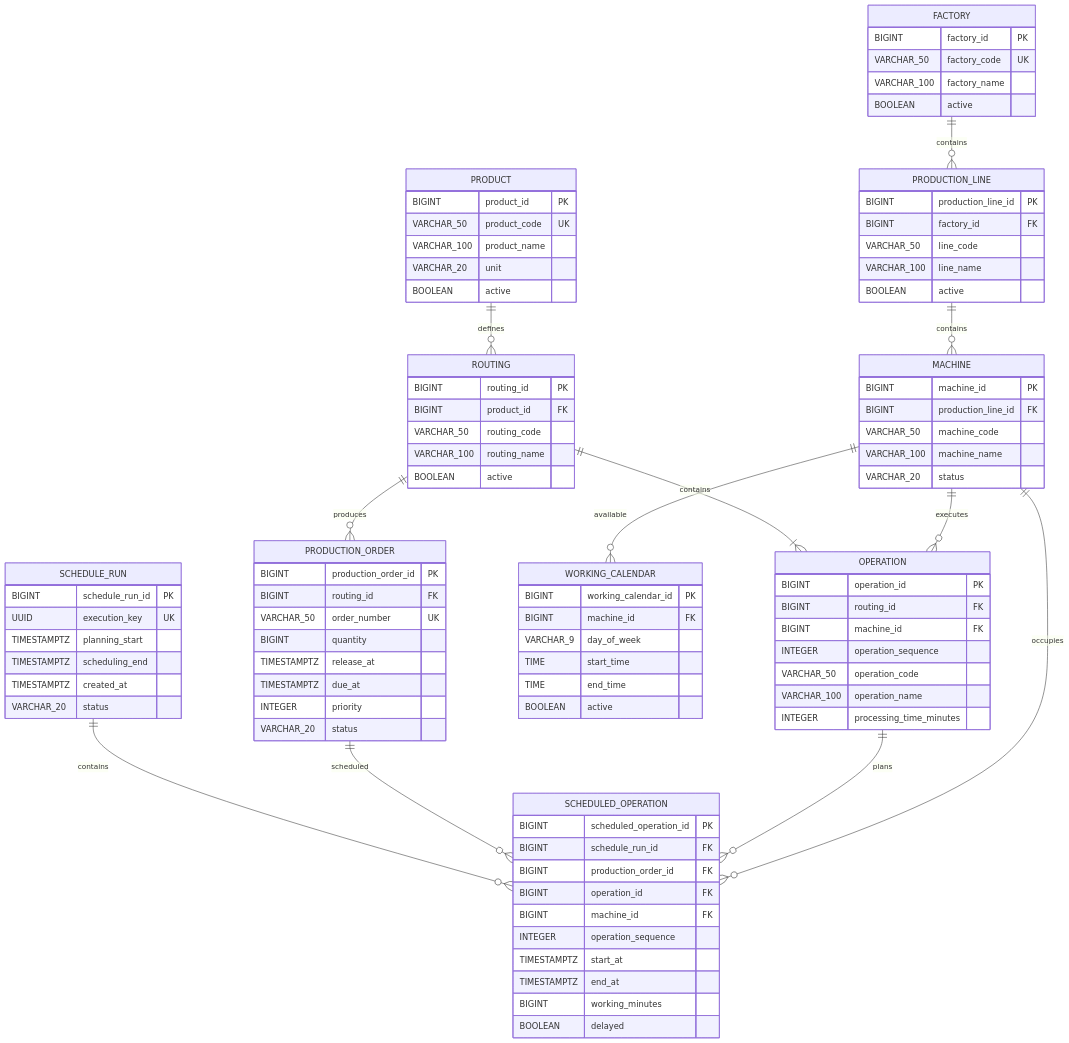
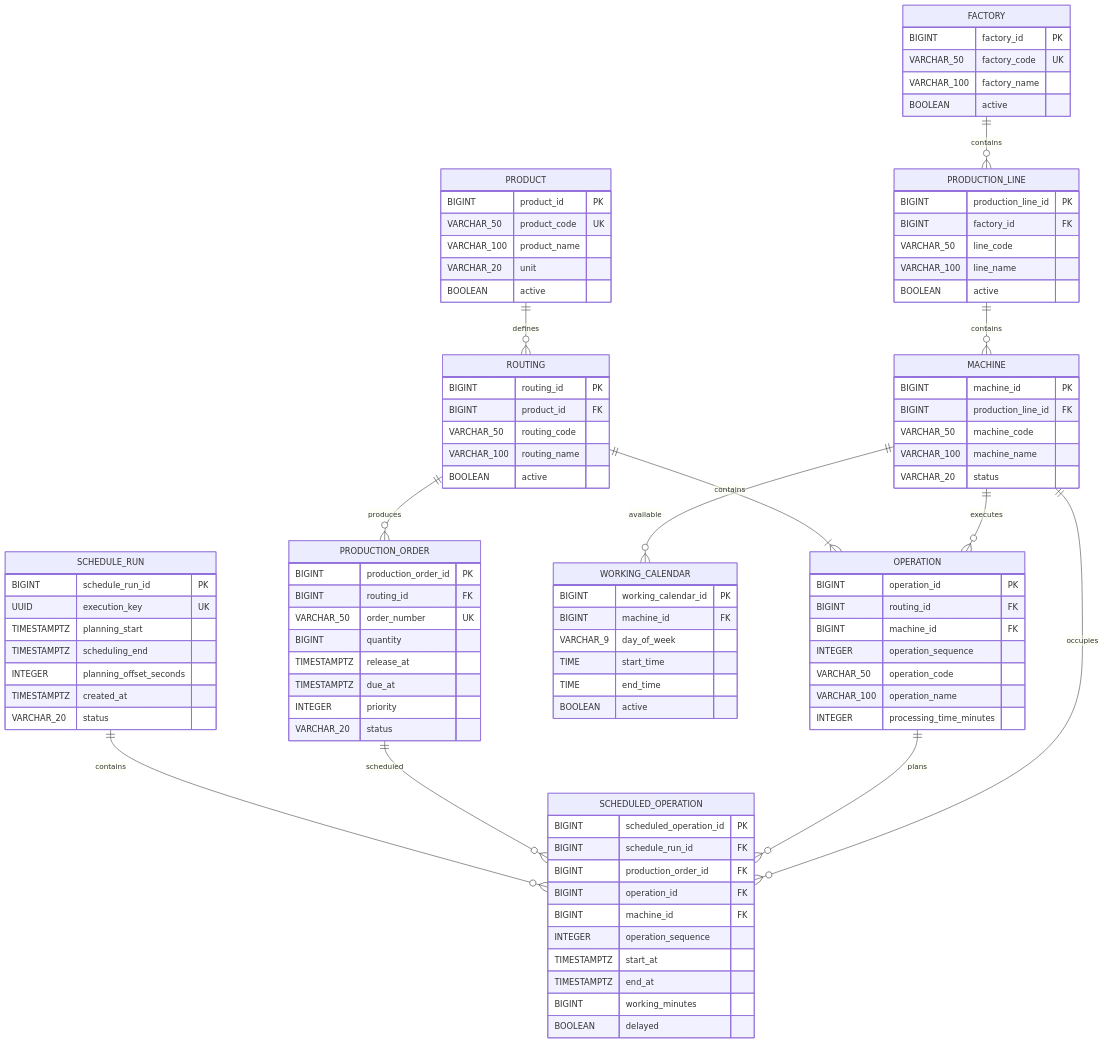
Before and after one commit to Juglee0527/aps-engine: the diagram in docs/03-erd.md, drawn with Mermaid. The commit also changed other lines of this file and 18 other files, not shown here.

```diff
--- a/docs/03-erd.md
+++ b/docs/03-erd.md
@@ -70,6 +70,7 @@
         UUID execution_key UK
         TIMESTAMPTZ planning_start
         TIMESTAMPTZ scheduling_end
+        INTEGER planning_offset_seconds
         TIMESTAMPTZ created_at
         VARCHAR_20 status
     }
```
